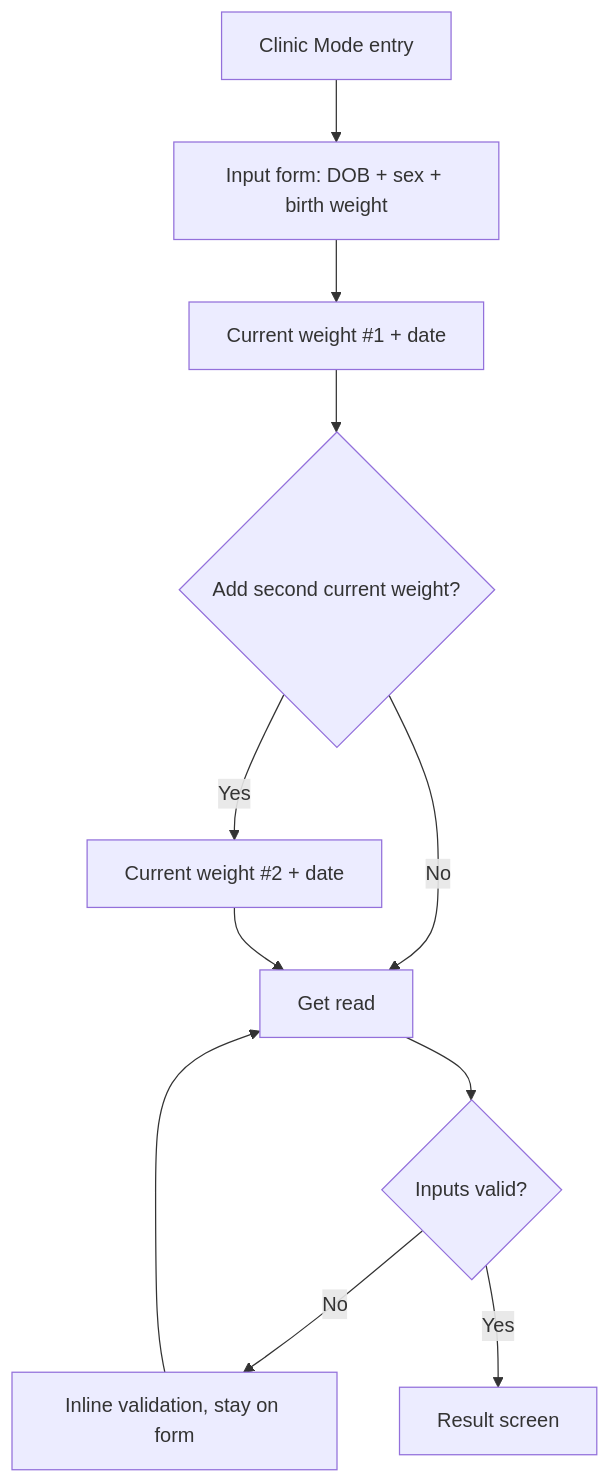
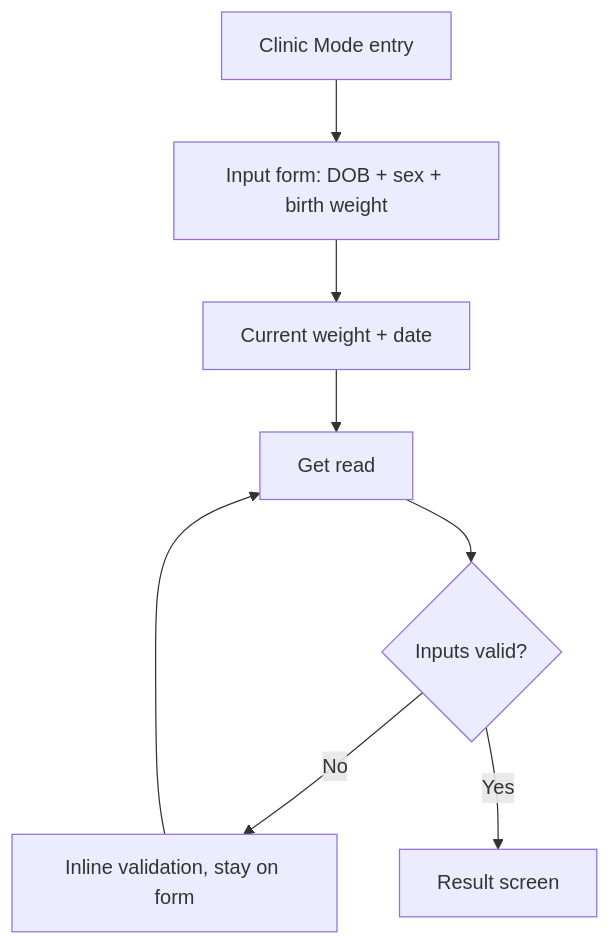
One commit to yuvsh/growUp changed the first of 2 diagrams in docs/PRD-clinic-mode.md. Above: the diagram before and after it, drawn with Mermaid. The commit also changed other lines of this file and 26 other files, not shown here.

````diff
--- a/docs/PRD-clinic-mode.md
+++ b/docs/PRD-clinic-mode.md
@@ -97,13 +99,10 @@
 ```mermaid
 flowchart TD
   A[Clinic Mode entry] --> B[Input form: DOB + sex + birth weight]
-  B --> C[Current weight #1 + date]
-  C --> D{Add second current weight?}
-  D -->|Yes| E[Current weight #2 + date]
-  D -->|No| F[Get read]
-  E --> F[Get read]
+  B --> C[Current weight + date]
+  C --> F[Get read]
   F --> G{Inputs valid?}
   G -->|No| H[Inline validation, stay on form]
   G -->|Yes| I[Result screen]
   H --> F
 ```
````
